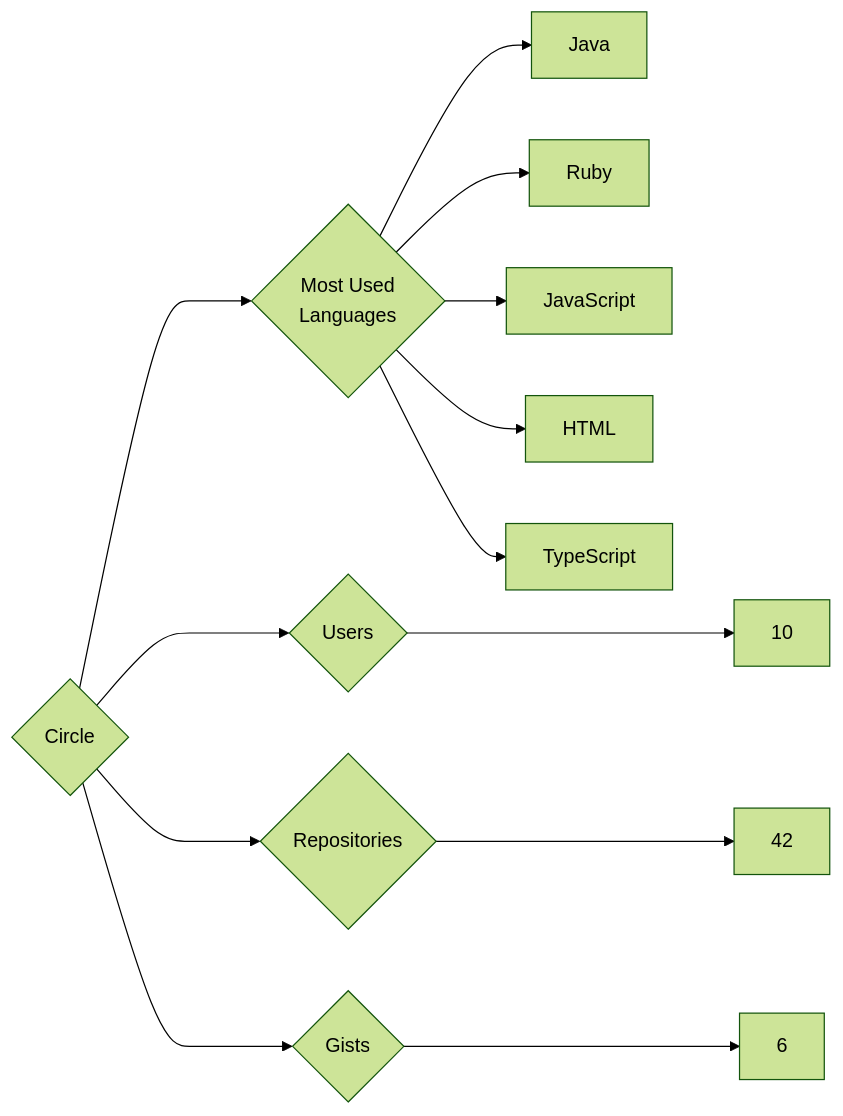
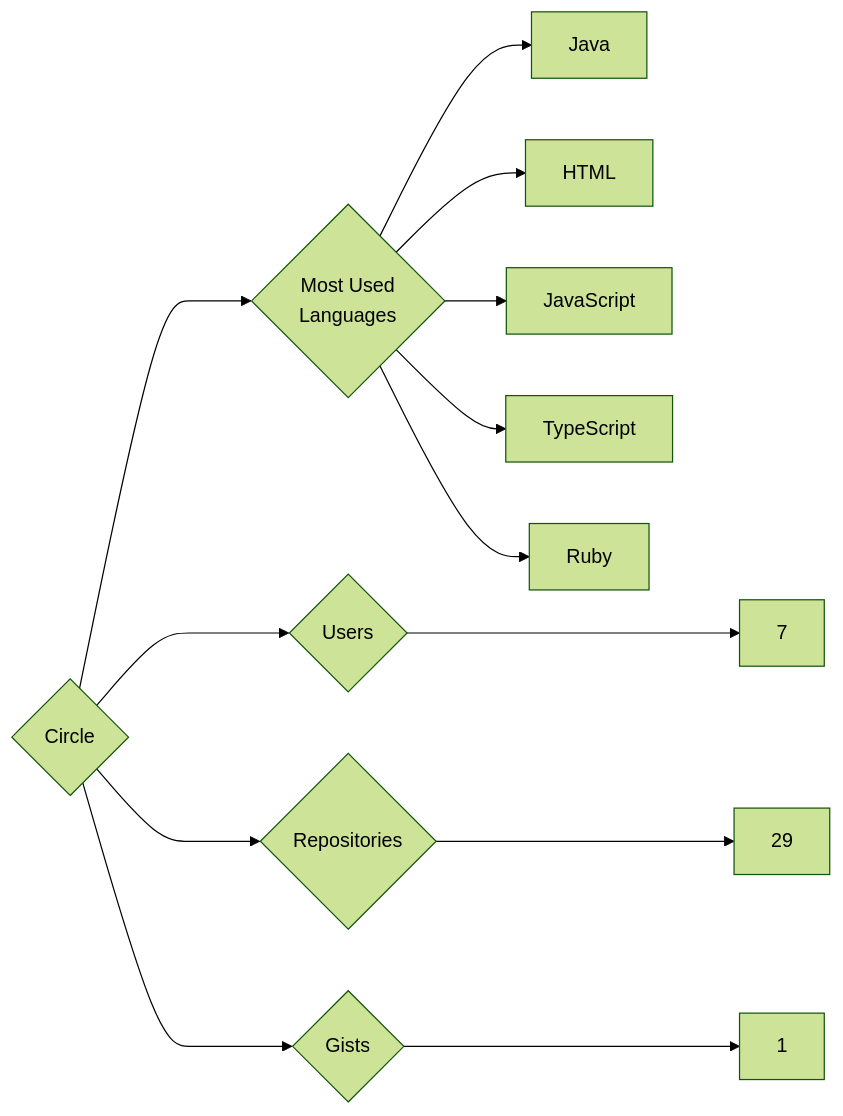
The diagram in targets/Circle/README.md (trickest/insiders), drawn with Mermaid (forest theme) before and after one commit. The commit also changed 880 other files, not shown here.

````diff
--- a/targets/Circle/README.md
+++ b/targets/Circle/README.md
@@ -3,13 +3,13 @@
 ```mermaid
 graph LR
 COMPANY_NAME{Circle}
-COMPANY_NAME ---> U{Users} ---> UN[10]
-COMPANY_NAME ---> R{Repositories} ---> RN[42]
-COMPANY_NAME ---> G{Gists} ---> GN[6]
+COMPANY_NAME ---> U{Users} ---> UN[7]
+COMPANY_NAME ---> R{Repositories} ---> RN[29]
+COMPANY_NAME ---> G{Gists} ---> GN[1]
 COMPANY_NAME ---> ML{Most Used<br>Languages}
 ML --> Java[Java]
+ML --> HTML[HTML]
+ML --> JavaScript[JavaScript]
+ML --> TypeScript[TypeScript]
 ML --> Ruby[Ruby]
-ML --> JavaScript[JavaScript]
-ML --> HTML[HTML]
-ML --> TypeScript[TypeScript]
 ```
````
